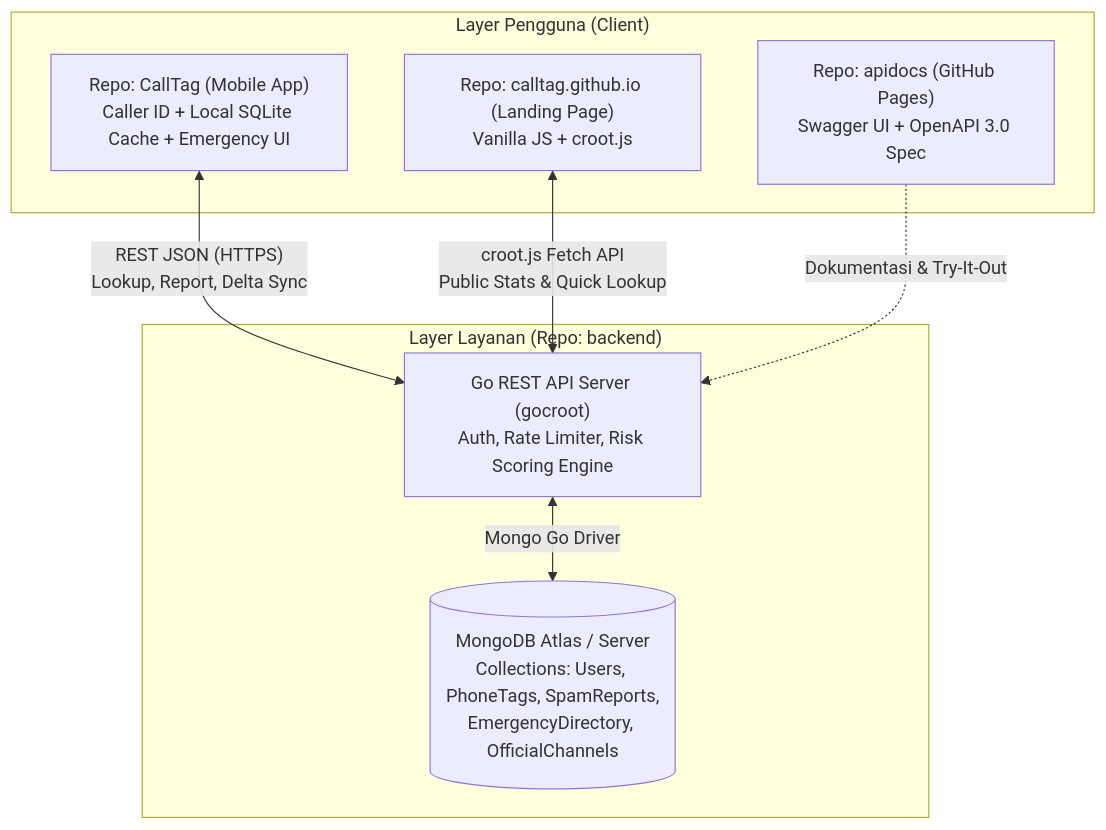
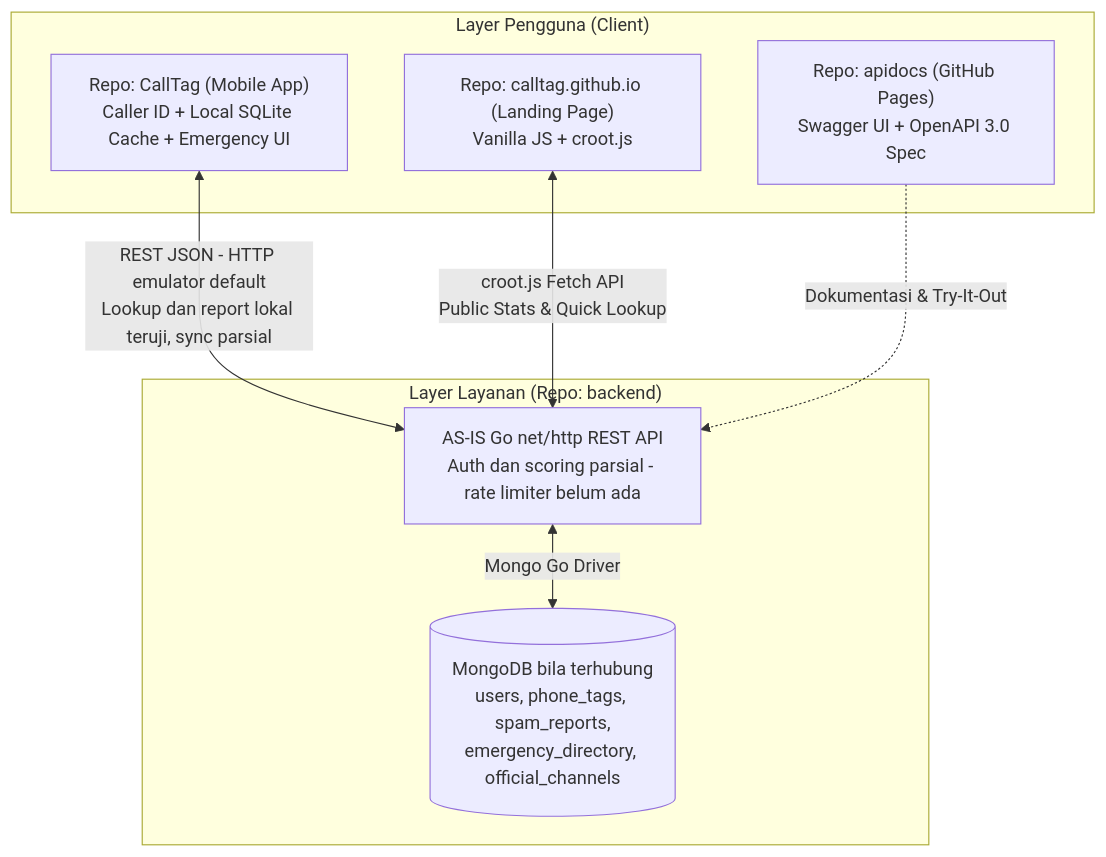
The first of 4 diagrams in PRD.md (CallTag/CallTag), drawn with Mermaid before and after one commit. The commit also changed other lines of this file and 14 other files, not shown here.

````diff
--- a/PRD.md
+++ b/PRD.md
@@ -257,18 +299,18 @@
 ```mermaid
 flowchart TD
     subgraph ClientLayer["Layer Pengguna (Client)"]
         Mobile["Repo: CallTag (Mobile App)\nCaller ID + Local SQLite Cache + Emergency UI"]
         Landing["Repo: calltag.github.io (Landing Page)\nVanilla JS + croot.js"]
         Docs["Repo: apidocs (GitHub Pages)\nSwagger UI + OpenAPI 3.0 Spec"]
     end
 
     subgraph BackendLayer["Layer Layanan (Repo: backend)"]
-        Gocroot["Go REST API Server (gocroot)\nAuth, Rate Limiter, Risk Scoring Engine"]
-        Mongo[("MongoDB Atlas / Server\nCollections: Users, PhoneTags, SpamReports,\nEmergencyDirectory, OfficialChannels")]
+        Gocroot["AS-IS Go net/http REST API\nAuth dan scoring parsial - rate limiter belum ada"]
+        Mongo[("MongoDB bila terhubung\nusers, phone_tags, spam_reports,\nemergency_directory, official_channels")]
     end
 
-    Mobile <-->|"REST JSON (HTTPS)\nLookup, Report, Delta Sync"| Gocroot
+    Mobile <-->|"REST JSON - HTTP emulator default\nLookup dan report lokal teruji, sync parsial"| Gocroot
     Landing <-->|"croot.js Fetch API\nPublic Stats & Quick Lookup"| Gocroot
     Docs -.->|"Dokumentasi & Try-It-Out"| Gocroot
     Gocroot <-->|"Mongo Go Driver"| Mongo
 ```
````
